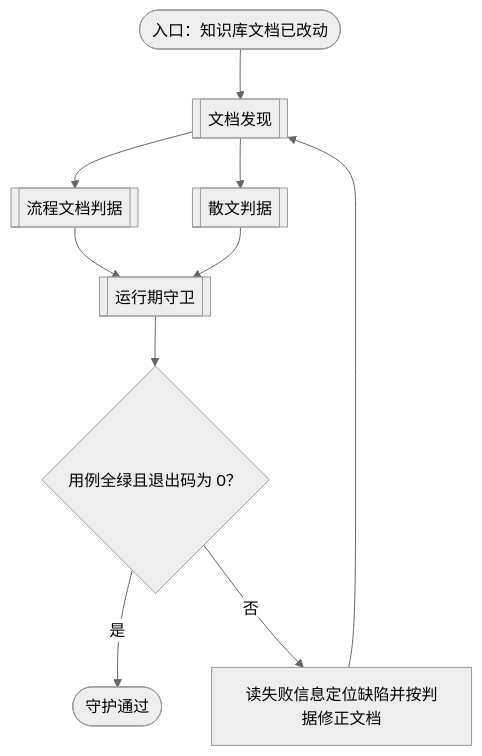
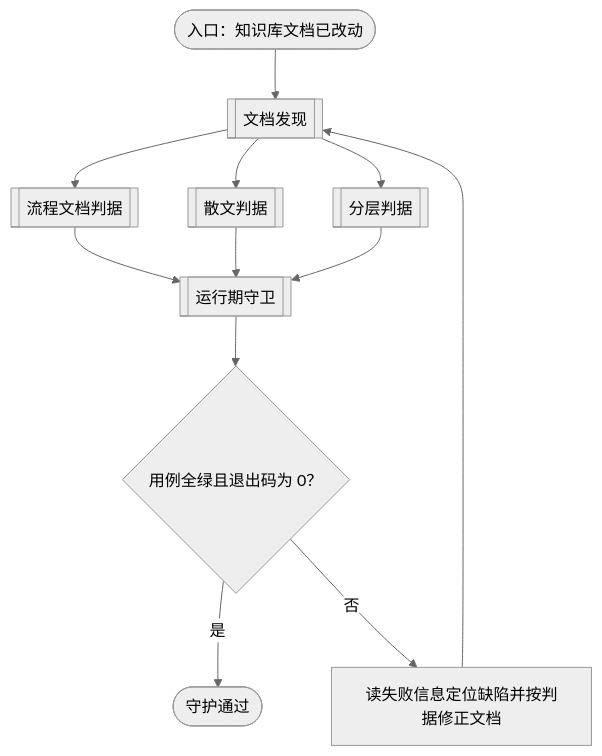
The first of 6 diagrams in _lint/README.md (yunjies/knowledge-base), drawn with Mermaid (neutral theme) before and after one commit. The commit also changed other lines of this file and 13 other files, not shown here.

````diff
--- a/_lint/README.md
+++ b/_lint/README.md
@@ -7,20 +7,23 @@
 ```mermaid
 flowchart TB
   START_LINT(["入口：知识库文档已改动"])
   DISCOVER[["文档发现"]]
   FLOW_GATES[["流程文档判据"]]
   PROSE_GATES[["散文判据"]]
+  PLACEMENT_GATE[["分层判据"]]
   GUARD[["运行期守卫"]]
   LINT_VERDICT{"用例全绿且退出码为 0？"}
   LINT_FIX["读失败信息定位缺陷并按判据修正文档"]
   LINT_PASS(["守护通过"])
   START_LINT --> DISCOVER
   DISCOVER --> FLOW_GATES
   DISCOVER --> PROSE_GATES
+  DISCOVER --> PLACEMENT_GATE
   FLOW_GATES --> GUARD
   PROSE_GATES --> GUARD
+  PLACEMENT_GATE --> GUARD
   GUARD --> LINT_VERDICT
   LINT_VERDICT -->|"是"| LINT_PASS
   LINT_VERDICT -->|"否"| LINT_FIX
   LINT_FIX --> DISCOVER
 ```
````
